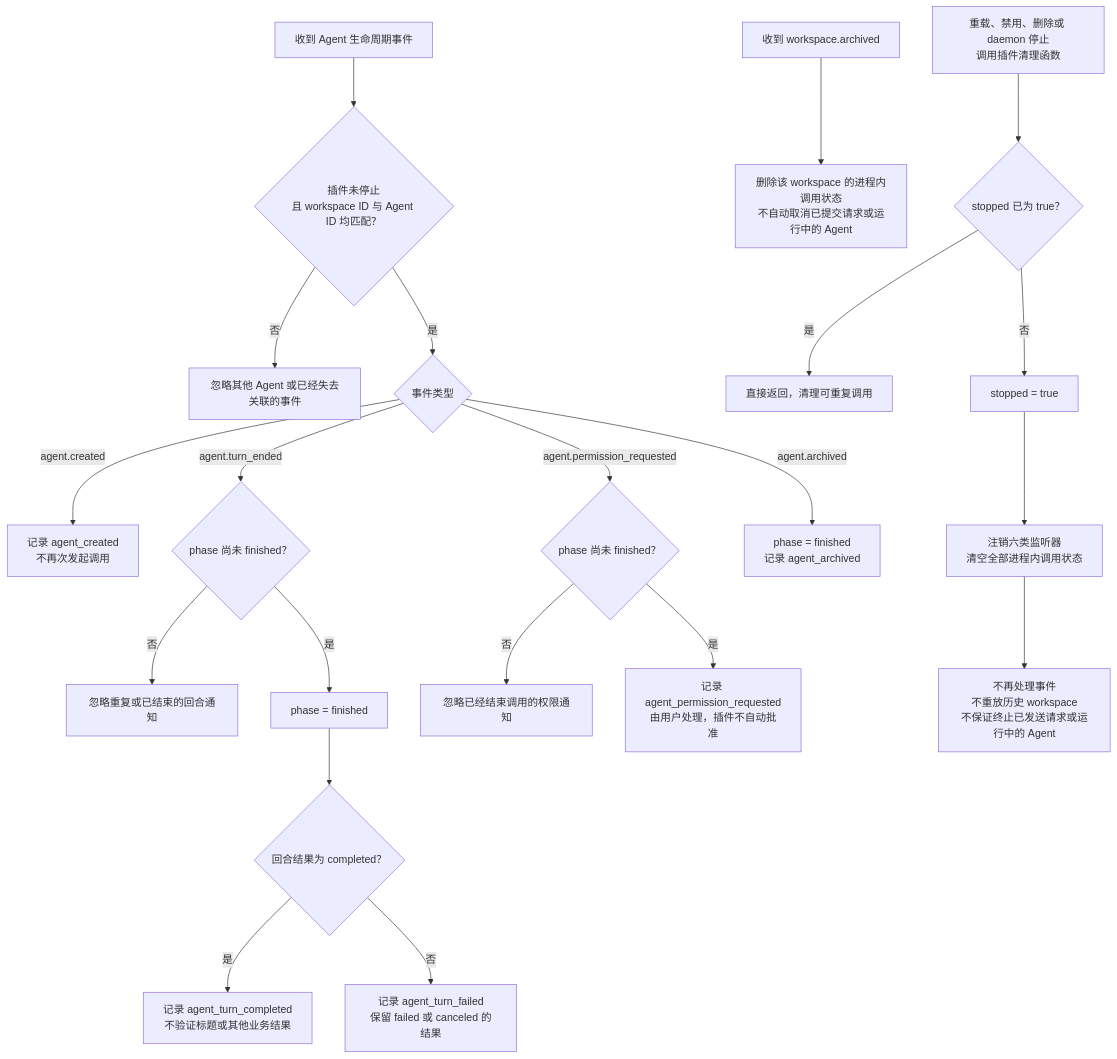
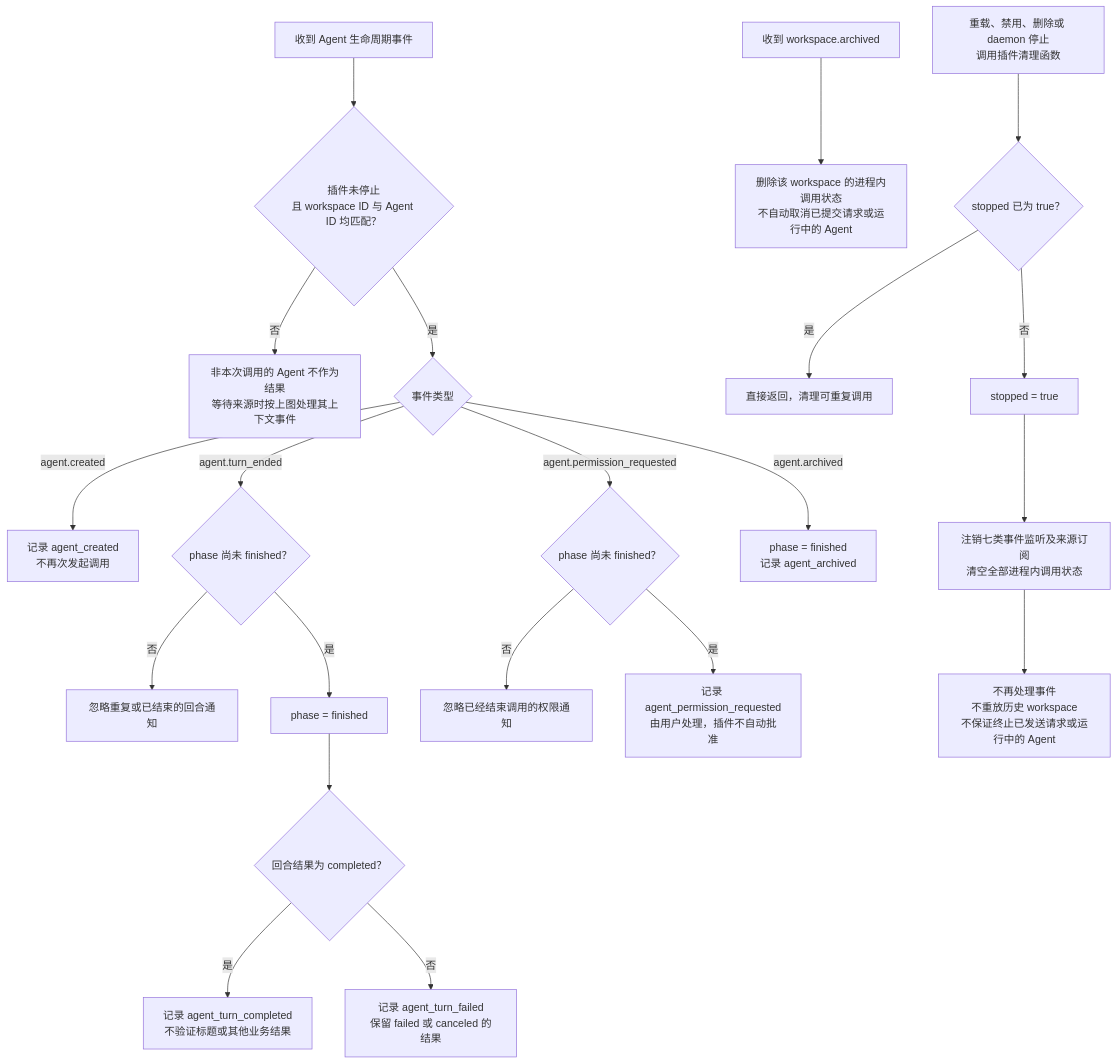
The third of 3 diagrams in README.md (qsoyq/paseo-loom), drawn with Mermaid before and after one commit. The commit also changed other lines of this file and 1 other file, not shown here.

Commit message:
feat(loom): configure agent mode and source context

````diff
--- a/README.md
+++ b/README.md
@@ -74,25 +80,25 @@
 ```mermaid
 flowchart TD
     AgentEvent["收到 Agent 生命周期事件"] --> Match{"插件未停止<br>且 workspace ID 与 Agent ID 均匹配？"}
-    Match -- "否" --> IgnoreEvent["忽略其他 Agent 或已经失去关联的事件"]
+    Match -- "否" --> IgnoreEvent["非本次调用的 Agent 不作为结果<br>等待来源时按上图处理其上下文事件"]
     Match -- "是" --> EventType{"事件类型"}
     EventType -- "agent.created" --> CreatedLog["记录 agent_created<br>不再次发起调用"]
     EventType -- "agent.turn_ended" --> TurnOpen{"phase 尚未 finished？"}
     TurnOpen -- "否" --> IgnoreTurn["忽略重复或已结束的回合通知"]
     TurnOpen -- "是" --> FinishTurn["phase = finished"]
     FinishTurn --> Outcome{"回合结果为 completed？"}
     Outcome -- "是" --> CompletedLog["记录 agent_turn_completed<br>不验证标题或其他业务结果"]
     Outcome -- "否" --> FailedLog["记录 agent_turn_failed<br>保留 failed 或 canceled 的结果"]
     EventType -- "agent.permission_requested" --> PermissionOpen{"phase 尚未 finished？"}
     PermissionOpen -- "否" --> IgnorePermission["忽略已经结束调用的权限通知"]
     PermissionOpen -- "是" --> PermissionLog["记录 agent_permission_requested<br>由用户处理，插件不自动批准"]
     EventType -- "agent.archived" --> ArchivedLog["phase = finished<br>记录 agent_archived"]
 
     WorkspaceArchived["收到 workspace.archived"] --> DropWorkspace["删除该 workspace 的进程内调用状态<br>不自动取消已提交请求或运行中的 Agent"]
 
     PluginCleanup["重载、禁用、删除或 daemon 停止<br>调用插件清理函数"] --> AlreadyStopped{"stopped 已为 true？"}
     AlreadyStopped -- "是" --> CleanupReturn["直接返回，清理可重复调用"]
     AlreadyStopped -- "否" --> MarkStopped["stopped = true"]
-    MarkStopped --> Unregister["注销六类监听器<br>清空全部进程内调用状态"]
+    MarkStopped --> Unregister["注销七类事件监听及来源订阅<br>清空全部进程内调用状态"]
     Unregister --> Inactive["不再处理事件<br>不重放历史 workspace<br>不保证终止已发送请求或运行中的 Agent"]
 ```
````
